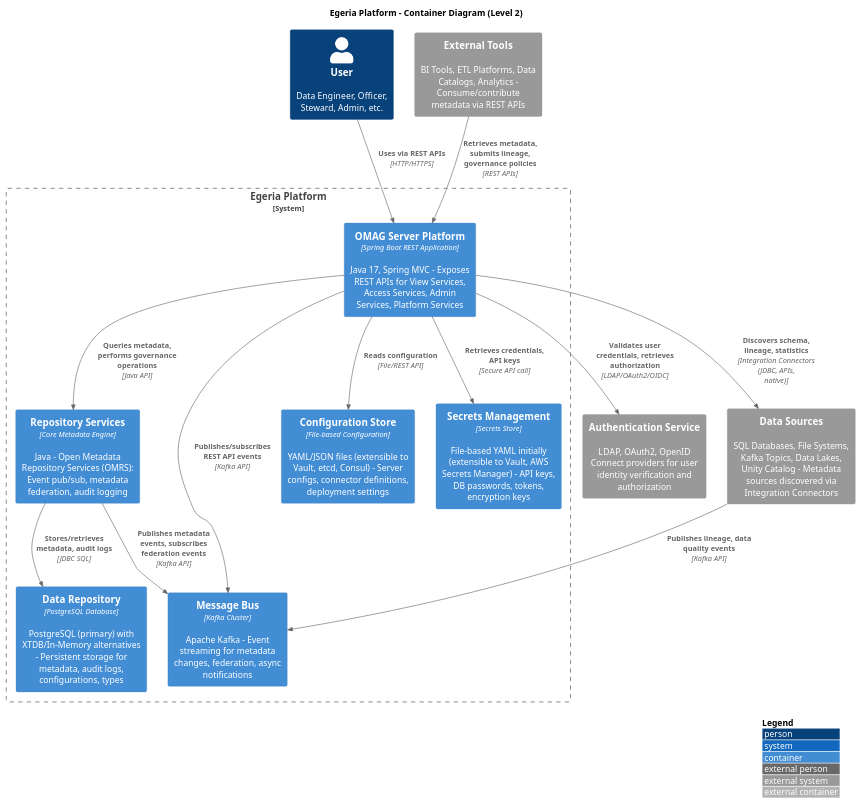
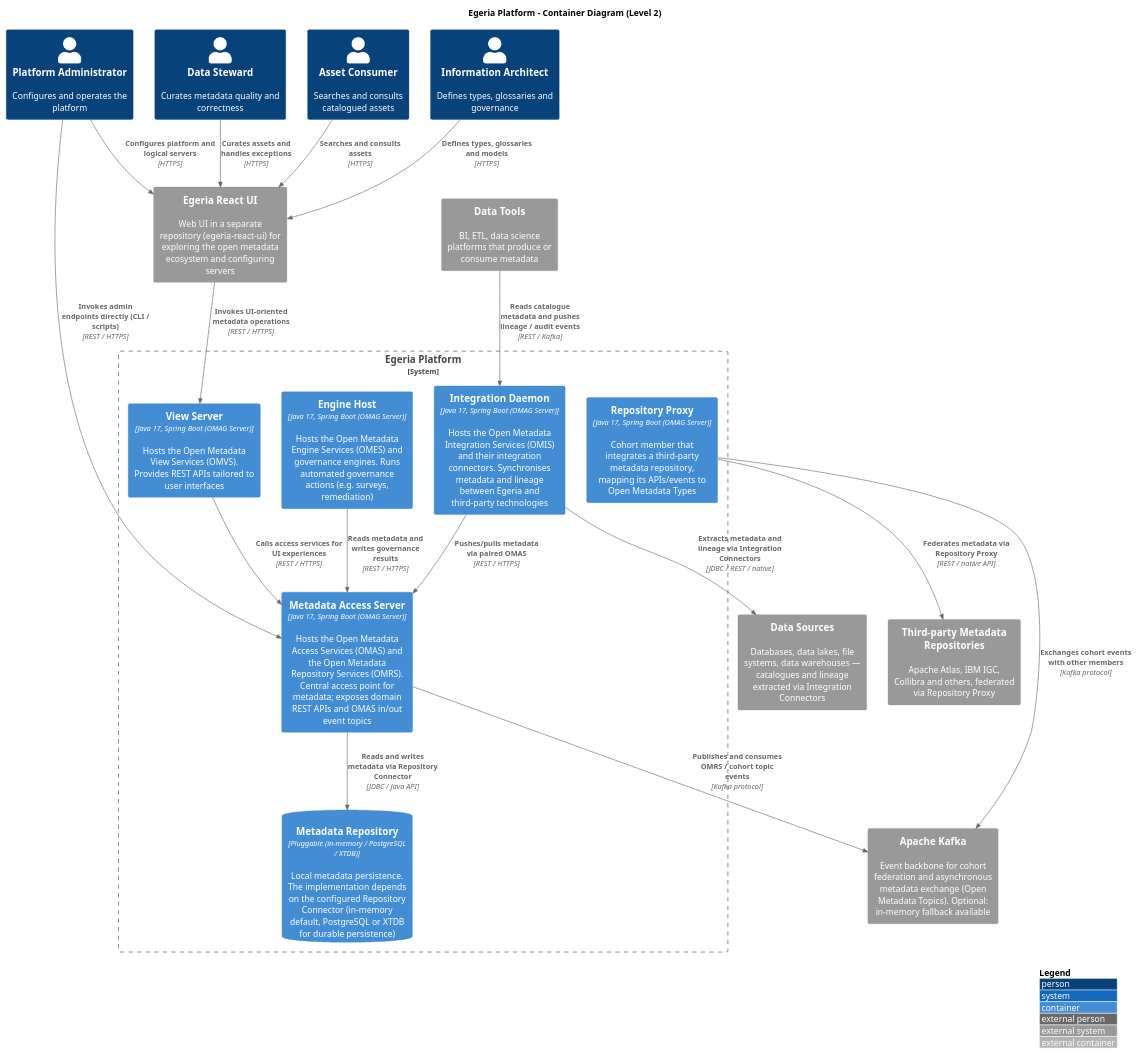
One commit to PoliTO-SwDA-2026-Team18/project changed the diagram in diagrams/c4/container.puml. Above: the diagram before and after it, drawn with PlantUML. The commit also changed 1 other file, not shown here.

Commit message:
edit: refinement of context and container  c4 diagrams

```diff
--- a/diagrams/c4/container.puml
+++ b/diagrams/c4/container.puml
@@ -1,43 +1,66 @@
 @startuml C4_Container_Egeria
 !include https://raw.githubusercontent.com/plantuml-stdlib/C4-PlantUML/master/C4_Container.puml
-
 
 LAYOUT_WITH_LEGEND()
 
 title Egeria Platform - Container Diagram (Level 2)
 
-Person(user, "User", "Data Engineer, Officer, Steward, Admin, etc.")
+' ' By definitions of the documentation
+Person(architect, "Information Architect", "Defines types, glossaries and governance")
+Person(steward,   "Data Steward",          "Curates metadata quality and correctness")
+Person(consumer,  "Asset Consumer",        "Searches and consults catalogued assets")
+Person(admin,     "Platform Administrator","Configures and operates the platform")
+
+System_Boundary(egeria, "Egeria Platform") {
+    Container(mas, "Metadata Access Server", "Java 17, Spring Boot (OMAG Server)", "Hosts the Open Metadata Access Services (OMAS) and the Open Metadata Repository Services (OMRS). Central access point for metadata; exposes domain REST APIs and OMAS in/out event topics")
+    ' TODO: ask fot level of specificity
 
 
-System_Boundary(egeria, "Egeria Platform") {
-    Container(omag, "OMAG Server Platform", "Spring Boot REST Application", "Java 17, Spring MVC - Exposes REST APIs for View Services, Access Services, Admin Services, Platform Services")
+    ' TODO: ask if it's ok to have the logical servers instead of one single (physical) one
+    Container(intd, "Integration Daemon", "Java 17, Spring Boot (OMAG Server)", "Hosts the Open Metadata Integration Services (OMIS) and their integration connectors. Synchronises metadata and lineage between Egeria and third-party technologies")
 
-    Container(repoServices, "Repository Services", "Core Metadata Engine", "Java - Open Metadata Repository Services (OMRS): Event pub/sub, metadata federation, audit logging")
+    Container(engine, "Engine Host", "Java 17, Spring Boot (OMAG Server)", "Hosts the Open Metadata Engine Services (OMES) and governance engines. Runs automated governance actions (e.g. surveys, remediation)")
 
-    Container(dataRepo, "Data Repository", "PostgreSQL Database", "PostgreSQL (primary) with XTDB/In-Memory alternatives - Persistent storage for metadata, audit logs, configurations, types")
+    Container(view, "View Server", "Java 17, Spring Boot (OMAG Server)", "Hosts the Open Metadata View Services (OMVS). Provides REST APIs tailored to user interfaces")
 
-    Container(msgBus, "Message Bus", "Kafka Cluster", "Apache Kafka - Event streaming for metadata changes, federation, async notifications")
+    Container(proxy, "Repository Proxy", "Java 17, Spring Boot (OMAG Server)", "Cohort member that integrates a third-party metadata repository, mapping its APIs/events to Open Metadata Types")
 
-    Container(configStore, "Configuration Store", "File-based Configuration", "YAML/JSON files (extensible to Vault, etcd, Consul) - Server configs, connector definitions, deployment settings")
-
-    Container(secretsMgmt, "Secrets Management", "Secrets Store", "File-based YAML initially (extensible to Vault, AWS Secrets Manager) - API keys, DB passwords, tokens, encryption keys")
-
-    Rel(omag, repoServices, "Queries metadata, performs governance operations", "Java API")
-    Rel(repoServices, dataRepo, "Stores/retrieves metadata, audit logs", "JDBC SQL")
-    Rel(repoServices, msgBus, "Publishes metadata events, subscribes federation events", "Kafka API")
-    Rel(omag, configStore, "Reads configuration", "File/REST API")
-    Rel(omag, secretsMgmt, "Retrieves credentials, API keys", "Secure API call")
-    Rel(omag, msgBus, "Publishes/subscribes REST API events", "Kafka API")
+    ContainerDb(metadataStore, "Metadata Repository", "Pluggable (in-memory / PostgreSQL / XTDB)", "Local metadata persistence. The implementation depends on the configured Repository Connector (in-memory default, PostgreSQL or XTDB for durable persistence)")
 }
 
-System_Ext(authService, "Authentication Service", "LDAP, OAuth2, OpenID Connect providers for user identity verification and authorization")
-System_Ext(dataSources, "Data Sources", "SQL Databases, File Systems, Kafka Topics, Data Lakes, Unity Catalog - Metadata sources discovered via Integration Connectors")
-System_Ext(externalTools, "External Tools", "BI Tools, ETL Platforms, Data Catalogs, Analytics - Consume/contribute metadata via REST APIs")
+' TODO: ask if the UI has to be considered (it's in a different github repo but at the beginning was part of this repo)
+System_Ext(ui,            "Egeria React UI",                  "Web UI in a separate repository (egeria-react-ui) for exploring the open metadata ecosystem and configuring servers")
+System_Ext(kafka,         "Apache Kafka",                     "Event backbone for cohort federation and asynchronous metadata exchange (Open Metadata Topics). Optional: in-memory fallback available")
+System_Ext(thirdPartyRepo,"Third-party Metadata Repositories","Apache Atlas, IBM IGC, Collibra and others, federated via Repository Proxy")
+System_Ext(dataSources,   "Data Sources",                     "Databases, data lakes, file systems, data warehouses — catalogues and lineage extracted via Integration Connectors")
+System_Ext(externalTools, "Data Tools",                       "BI, ETL, data science platforms that produce or consume metadata")
 
-Rel(user, omag, "Uses via REST APIs", "HTTP/HTTPS")
-Rel(omag, authService, "Validates user credentials, retrieves authorization", "LDAP/OAuth2/OIDC")
-Rel(dataSources, msgBus, "Publishes lineage, data quality events", "Kafka API")
-Rel(omag, dataSources, "Discovers schema, lineage, statistics", "Integration Connectors (JDBC, APIs, native)")
-Rel(externalTools, omag, "Retrieves metadata, submits lineage, governance policies", "REST APIs")
+Rel(architect, ui,   "Defines types, glossaries and models",                "HTTPS")
+Rel(steward,   ui,   "Curates assets and handles exceptions",               "HTTPS")
+Rel(consumer,  ui,   "Searches and consults assets",                        "HTTPS")
+Rel(admin,     ui,   "Configures platform and logical servers",             "HTTPS")
+Rel(ui,        view, "Invokes UI-oriented metadata operations",             "REST / HTTPS")
+Rel(admin,     mas,  "Invokes admin endpoints directly (CLI / scripts)",    "REST / HTTPS")
+Rel(view, mas, "Calls access services for UI experiences", "REST / HTTPS")
+Rel(intd,   mas, "Pushes/pulls metadata via paired OMAS",        "REST / HTTPS")
+Rel(engine, mas, "Reads metadata and writes governance results", "REST / HTTPS")
+Rel(mas,   metadataStore, "Reads and writes metadata via Repository Connector", "JDBC / Java API")
+Rel(mas,   kafka,         "Publishes and consumes OMRS / cohort topic events",  "Kafka protocol")
+Rel(proxy, kafka,         "Exchanges cohort events with other members",         "Kafka protocol")
+
+Rel(proxy,  thirdPartyRepo, "Federates metadata via Repository Proxy",                  "REST / native API")
+Rel(intd,   dataSources,    "Extracts metadata and lineage via Integration Connectors", "JDBC / REST / native")
+Rel(externalTools, intd,  "Reads catalogue metadata and pushes lineage / audit events", "REST / Kafka")
+' TODO: arrow direction: external tools actively call egeria's api to query catalogue metadata
+' egeria polls the tools and synchronise metadata
+
+' NOTE: each logical OMAG Server (Metadata Access, Integration Daemon, Engine Host, View Server, Repository Proxy) is modelled 
+' as a separate container, reflecting the production-style distributed deployment where each server type runs on its own 
+' OMAG Server Platform. Within a single platform they would instead share one JVM process; that single-process scenario is 
+' out of scope here.
+
+' The Repository Connector implementation is one of several pluggable options (in-memory default for test; PostgreSQL or 
+' XTDB for durable persistence). Federation of third-party repositories is handled separately via the Repository Proxy (see 
+' arrow to third-party metadata repositories).
 
 @enduml
```
